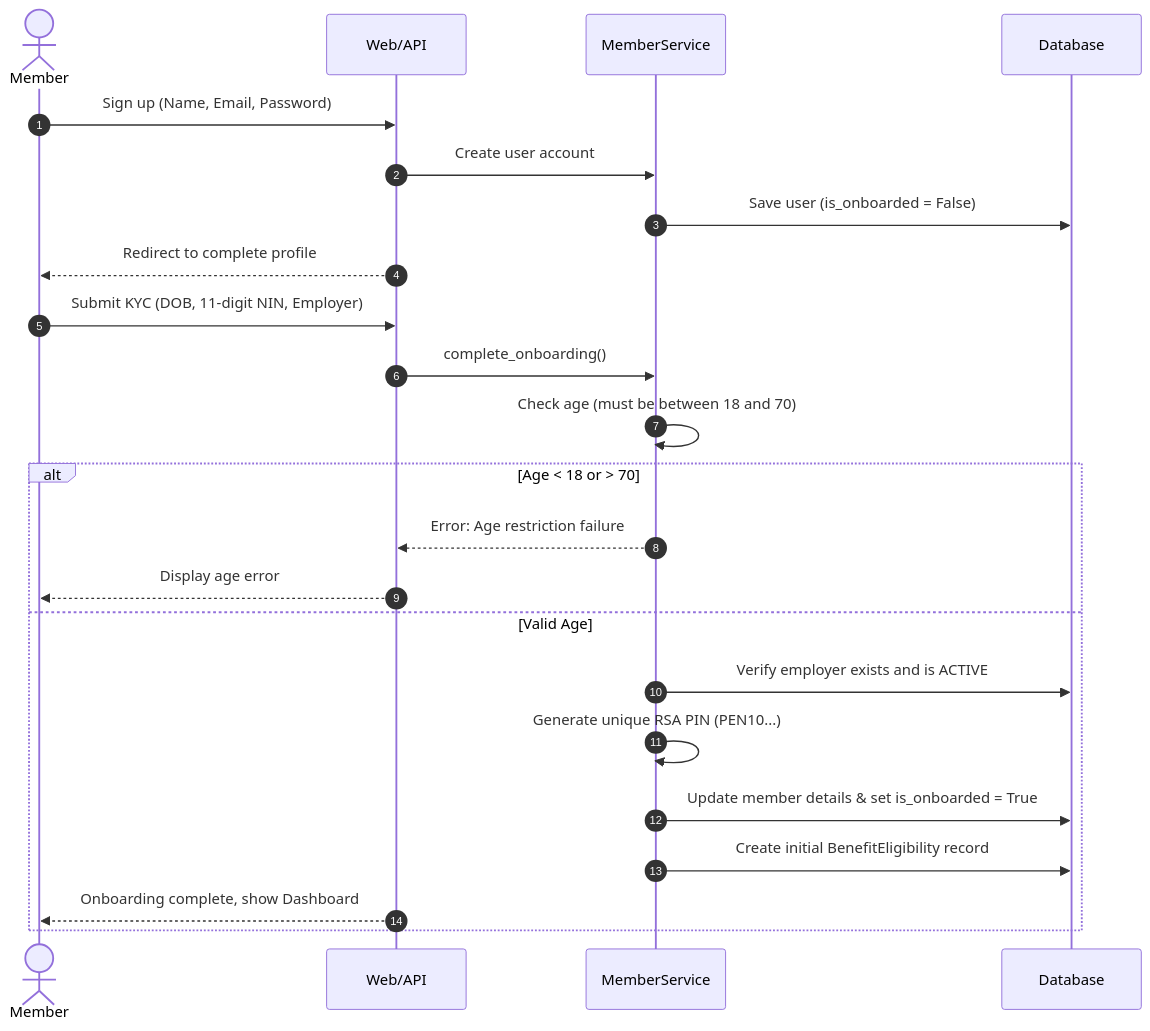
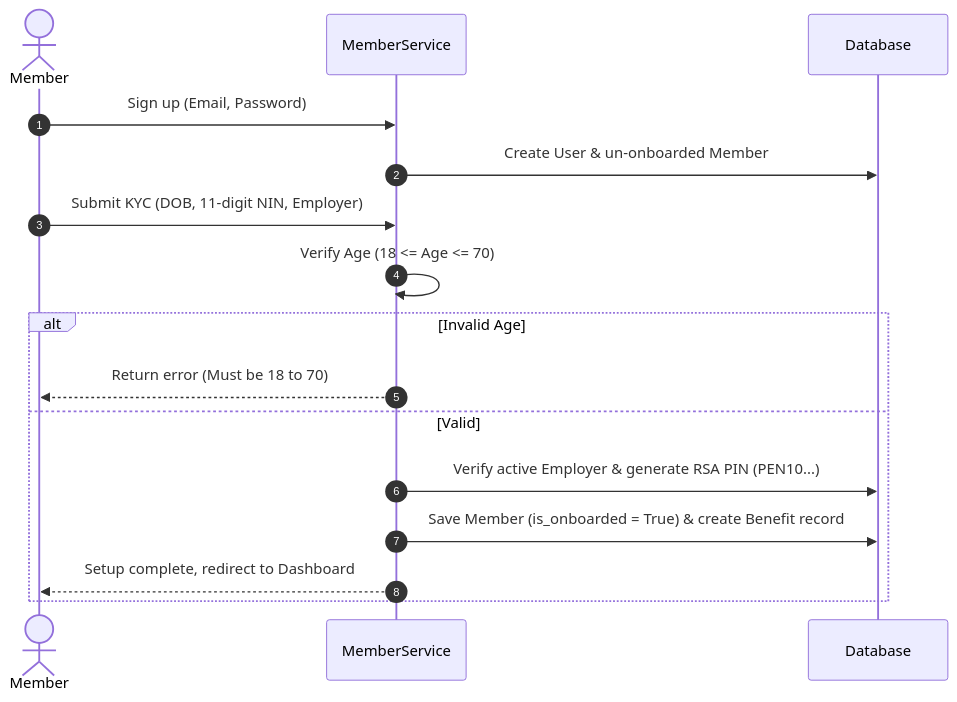
The third of 7 diagrams in SYSTEM_DESIGN.md (victorquadri123/pension-contribution-management-system), drawn with Mermaid before and after one commit. The commit also changed other lines of this file, not shown here.

````diff
--- a/SYSTEM_DESIGN.md
+++ b/SYSTEM_DESIGN.md
@@ -152,27 +97,19 @@
 ```mermaid
 sequenceDiagram
     autonumber
     actor User as Member
-    participant View as Web/API
-    participant Service as MemberService
+    participant Svc as MemberService
     participant DB as Database
 
-    User->>View: Sign up (Name, Email, Password)
-    View->>Service: Create user account
-    Service->>DB: Save user (is_onboarded = False)
-    View-->>User: Redirect to complete profile
-
-    User->>View: Submit KYC (DOB, 11-digit NIN, Employer)
-    View->>Service: complete_onboarding()
-    Service->>Service: Check age (must be between 18 and 70)
-    alt Age < 18 or > 70
-        Service-->>View: Error: Age restriction failure
-        View-->>User: Display age error
-    else Valid Age
-        Service->>DB: Verify employer exists and is ACTIVE
-        Service->>Service: Generate unique RSA PIN (PEN10...)
-        Service->>DB: Update member details & set is_onboarded = True
-        Service->>DB: Create initial BenefitEligibility record
-        View-->>User: Onboarding complete, show Dashboard
+    User->>Svc: Sign up (Email, Password)
+    Svc->>DB: Create User & un-onboarded Member
+    User->>Svc: Submit KYC (DOB, 11-digit NIN, Employer)
+    Svc->>Svc: Verify Age (18 <= Age <= 70)
+    alt Invalid Age
+        Svc-->>User: Return error (Must be 18 to 70)
+    else Valid
+        Svc->>DB: Verify active Employer & generate RSA PIN (PEN10...)
+        Svc->>DB: Save Member (is_onboarded = True) & create Benefit record
+        Svc-->>User: Setup complete, redirect to Dashboard
     end
 ```
````
